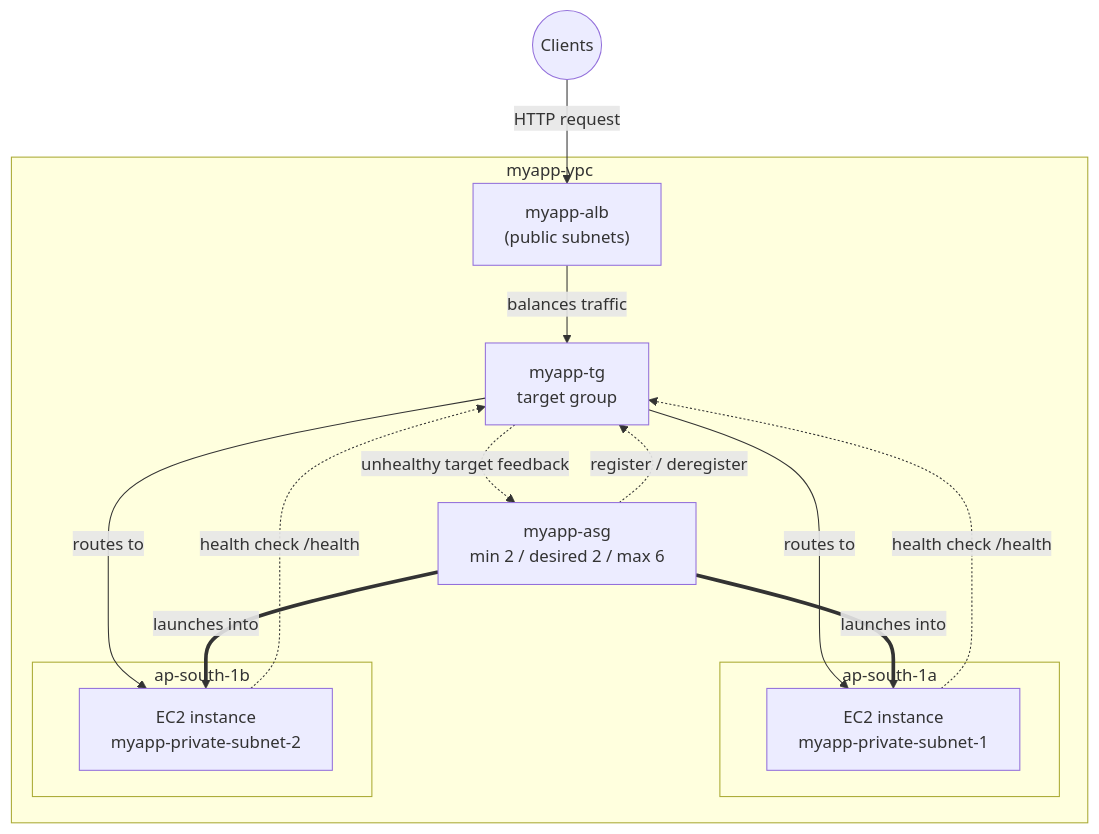
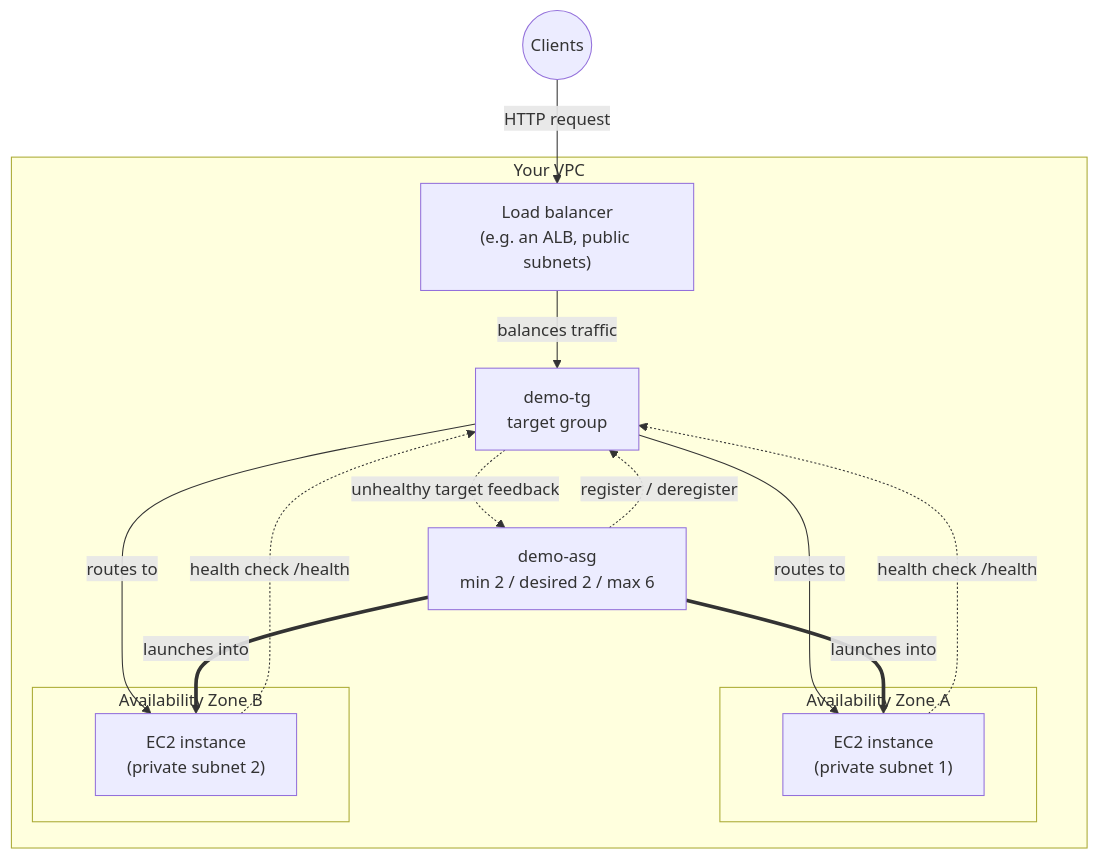
The diagram in EC2/ASG/12-Auto-Scaling-vs-Elastic-Load-Balancer.md (msdeepak052/AWS_Imp_Concepts), drawn with Mermaid before and after one commit. The commit also changed other lines of this file and 66 other files, not shown here.

````diff
--- a/EC2/ASG/12-Auto-Scaling-vs-Elastic-Load-Balancer.md
+++ b/EC2/ASG/12-Auto-Scaling-vs-Elastic-Load-Balancer.md
@@ -57,28 +57,28 @@
 ```mermaid
 flowchart TD
     CLIENTS(("Clients"))
-    CLIENTS -->|"HTTP request"| ALB["myapp-alb<br/>(public subnets)"]
+    CLIENTS -->|"HTTP request"| ALB["Load balancer<br/>(e.g. an ALB, public subnets)"]
 
-    subgraph VPC["myapp-vpc"]
-        ALB -->|"balances traffic"| TG["myapp-tg<br/>target group"]
+    subgraph VPC["Your VPC"]
+        ALB -->|"balances traffic"| TG["demo-tg<br/>target group"]
 
-        subgraph AZ_A["ap-south-1a"]
-            I1["EC2 instance<br/>myapp-private-subnet-1"]
+        subgraph AZ_A["Availability Zone A"]
+            I1["EC2 instance<br/>(private subnet 1)"]
         end
-        subgraph AZ_B["ap-south-1b"]
-            I2["EC2 instance<br/>myapp-private-subnet-2"]
+        subgraph AZ_B["Availability Zone B"]
+            I2["EC2 instance<br/>(private subnet 2)"]
         end
 
         TG -->|"routes to"| I1
         TG -->|"routes to"| I2
 
         I1 -.->|"health check /health"| TG
         I2 -.->|"health check /health"| TG
 
-        ASG["myapp-asg<br/>min 2 / desired 2 / max 6"]
+        ASG["demo-asg<br/>min 2 / desired 2 / max 6"]
         ASG ==>|"launches into"| I1
         ASG ==>|"launches into"| I2
         ASG -.->|"register / deregister"| TG
         TG -.->|"unhealthy target feedback"| ASG
     end
 ```
````
